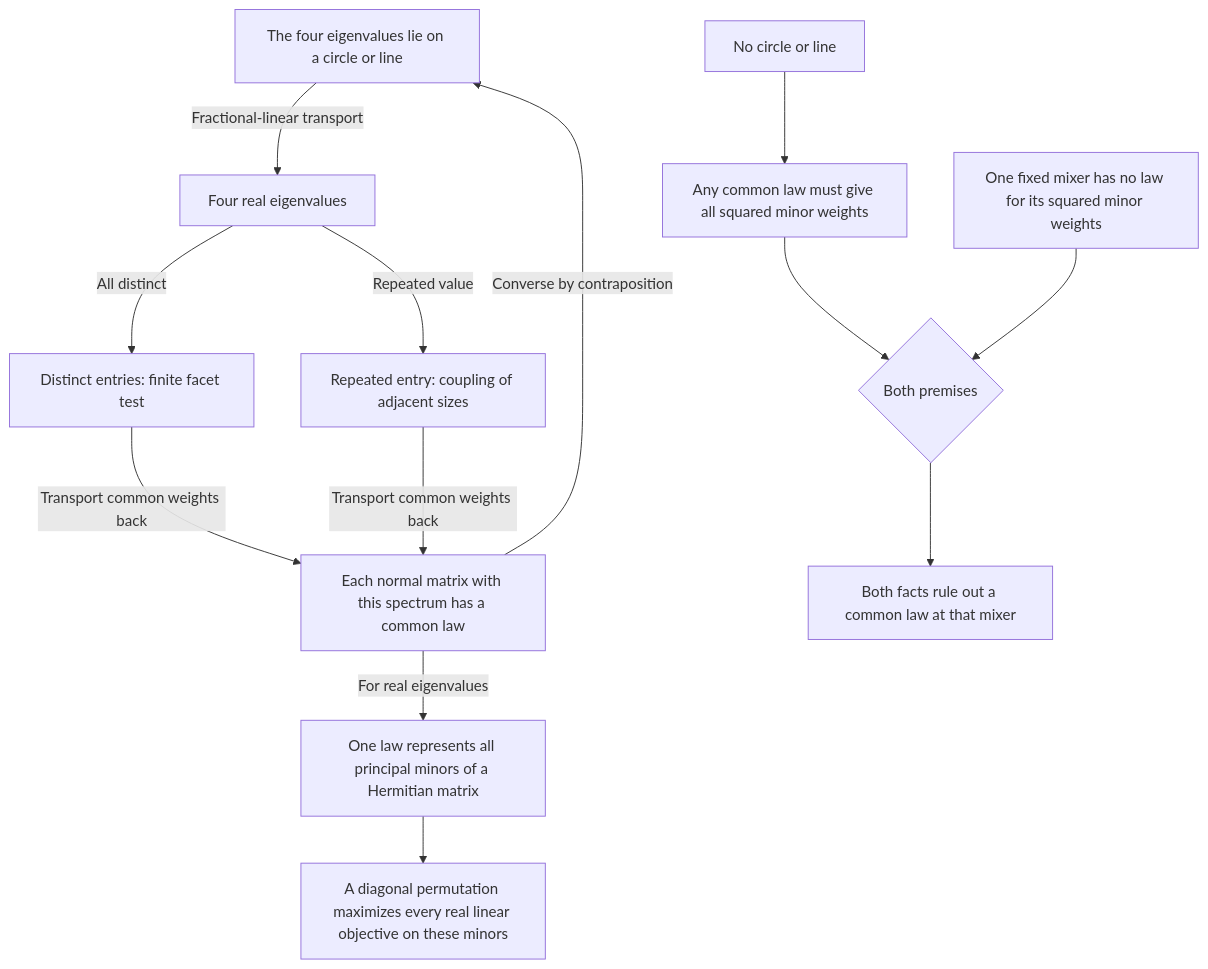
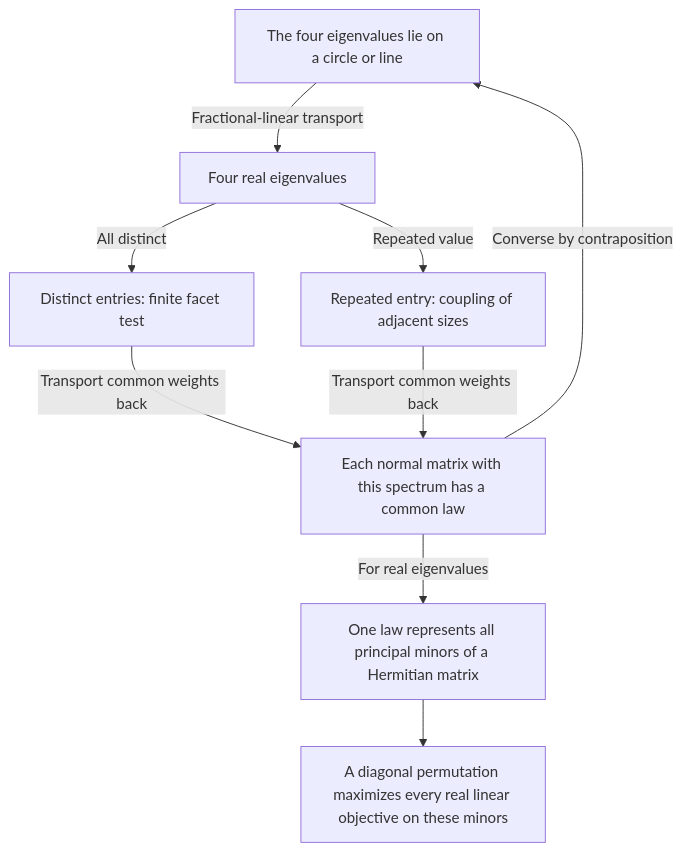
One commit to ascendnoosphere/MOC changed the diagram in Docs/order-four-circle-or-line-common-weights-proof-map.md. Above: the diagram before and after it, drawn with Mermaid. The commit also changed other lines of this file and 42 other files, not shown here.

````diff
--- a/Docs/order-four-circle-or-line-common-weights-proof-map.md
+++ b/Docs/order-four-circle-or-line-common-weights-proof-map.md
@@ -18,26 +18,18 @@
 ```mermaid
 flowchart TD
     C["The four eigenvalues lie on a circle or line"]
     M["Each normal matrix with this spectrum has a common law"]
     R["Four real eigenvalues"]
     D["Distinct entries: finite facet test"]
     E["Repeated entry: coupling of adjacent sizes"]
-    N["No circle or line"]
-    P["Any common law must give all squared minor weights"]
-    O["One fixed mixer has no law for its squared minor weights"]
-    B["Both facts rule out a common law at that mixer"]
     H["One law represents all principal minors of a Hermitian matrix"]
     X["A diagonal permutation maximizes every real linear objective on these minors"]
     C -->|"Fractional-linear transport"| R
     R -->|"All distinct"| D
     R -->|"Repeated value"| E
     D -->|"Transport common weights back"| M
     E -->|"Transport common weights back"| M
     M -->|"Converse by contraposition"| C
-    N --> P
-    P --> A{"Both premises"}
-    O --> A
-    A --> B
     M -->|"For real eigenvalues"| H
     H --> X
 ```
````
